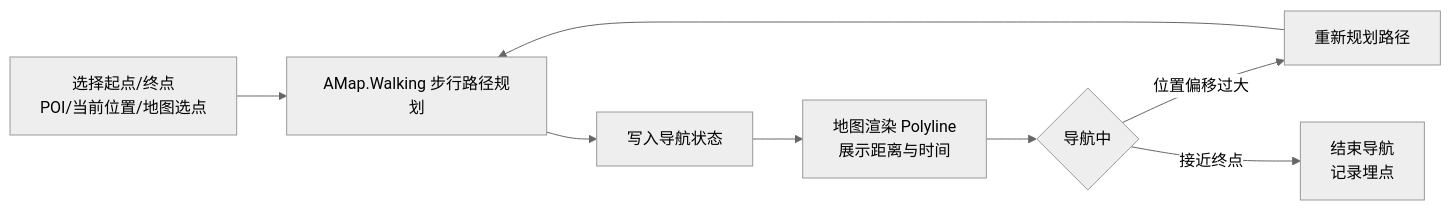
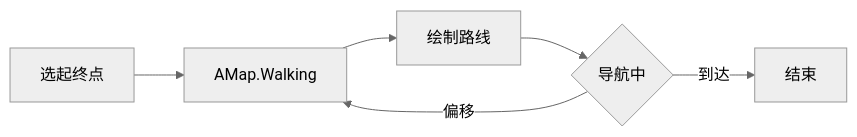
Before and after one commit to whutzyy123/campusnavi: the first of 3 diagrams in docs/PRD.md, drawn with Mermaid (neutral theme). The commit also changed other lines of this file and 229 other files, not shown here.

````diff
--- a/docs/PRD.md
+++ b/docs/PRD.md
@@ -488,10 +448,8 @@
 ```mermaid
 flowchart LR
-  A[选择起点/终点<br/>POI/当前位置/地图选点] --> B[AMap.Walking 步行路径规划]
-  B --> C[写入导航状态]
-  C --> D[地图渲染 Polyline<br/>展示距离与时间]
-  D --> E{导航中}
-  E -->|位置偏移过大| F[重新规划路径]
-  E -->|接近终点| G[结束导航<br/>记录埋点]
-  F --> B
+  A[选起终点] --> B[AMap.Walking]
+  B --> C[绘制路线]
+  C --> D{导航中}
+  D -->|偏移| B
+  D -->|到达| E[结束]
 ```
````
